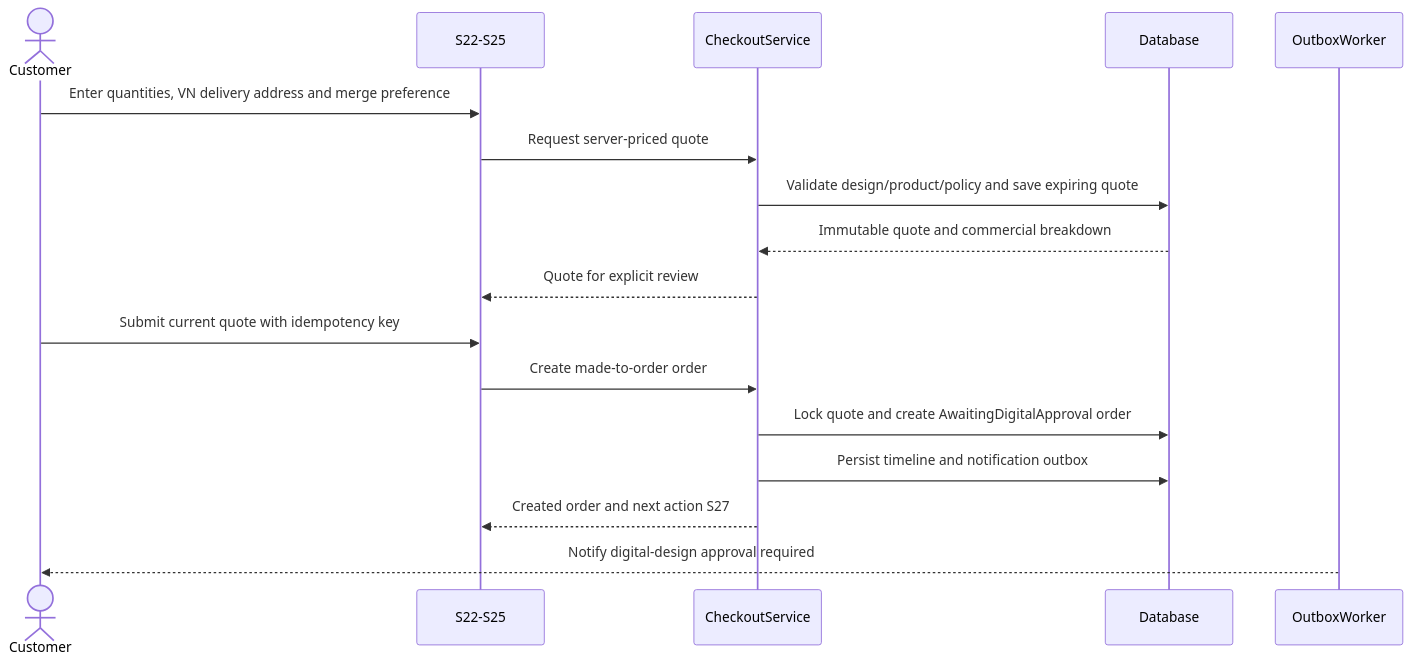
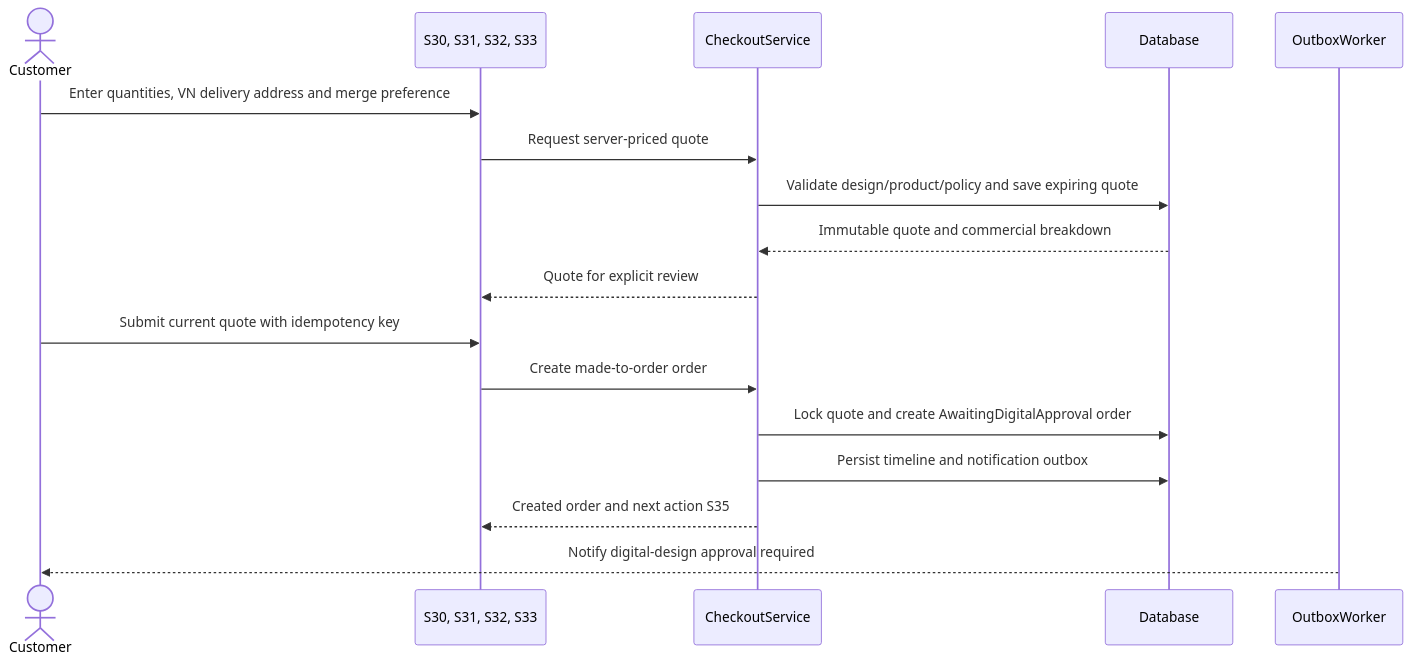
One commit to ankhanhwork/weavelink-project changed the ninth of 18 diagrams in docs/spec/docs/architecture/sequence.md. Above: the diagram before and after it, drawn with Mermaid. The commit also changed other lines of this file and 235 other files, not shown here.

````diff
--- a/docs/spec/docs/architecture/sequence.md
+++ b/docs/spec/docs/architecture/sequence.md
@@ -224,20 +239,20 @@
 ```mermaid
 sequenceDiagram
     actor Customer
-    participant OrderUI as S22-S25
+    participant OrderUI as S30, S31, S32, S33
     participant CheckoutService
     participant Database
     participant OutboxWorker
 
     Customer->>OrderUI: Enter quantities, VN delivery address and merge preference
     OrderUI->>CheckoutService: Request server-priced quote
     CheckoutService->>Database: Validate design/product/policy and save expiring quote
     Database-->>CheckoutService: Immutable quote and commercial breakdown
     CheckoutService-->>OrderUI: Quote for explicit review
     Customer->>OrderUI: Submit current quote with idempotency key
     OrderUI->>CheckoutService: Create made-to-order order
     CheckoutService->>Database: Lock quote and create AwaitingDigitalApproval order
     CheckoutService->>Database: Persist timeline and notification outbox
-    CheckoutService-->>OrderUI: Created order and next action S27
+    CheckoutService-->>OrderUI: Created order and next action S35
     OutboxWorker-->>Customer: Notify digital-design approval required
 ```
````
